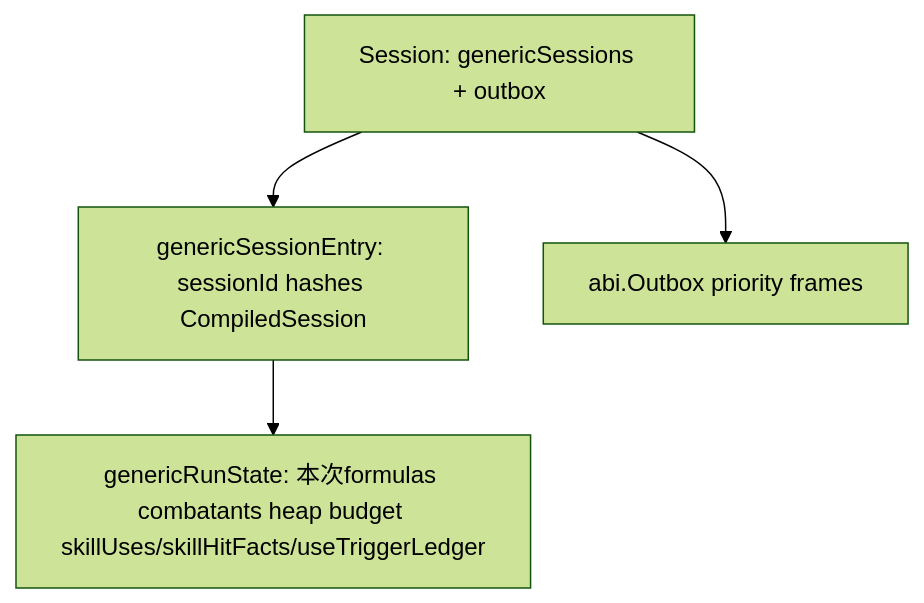
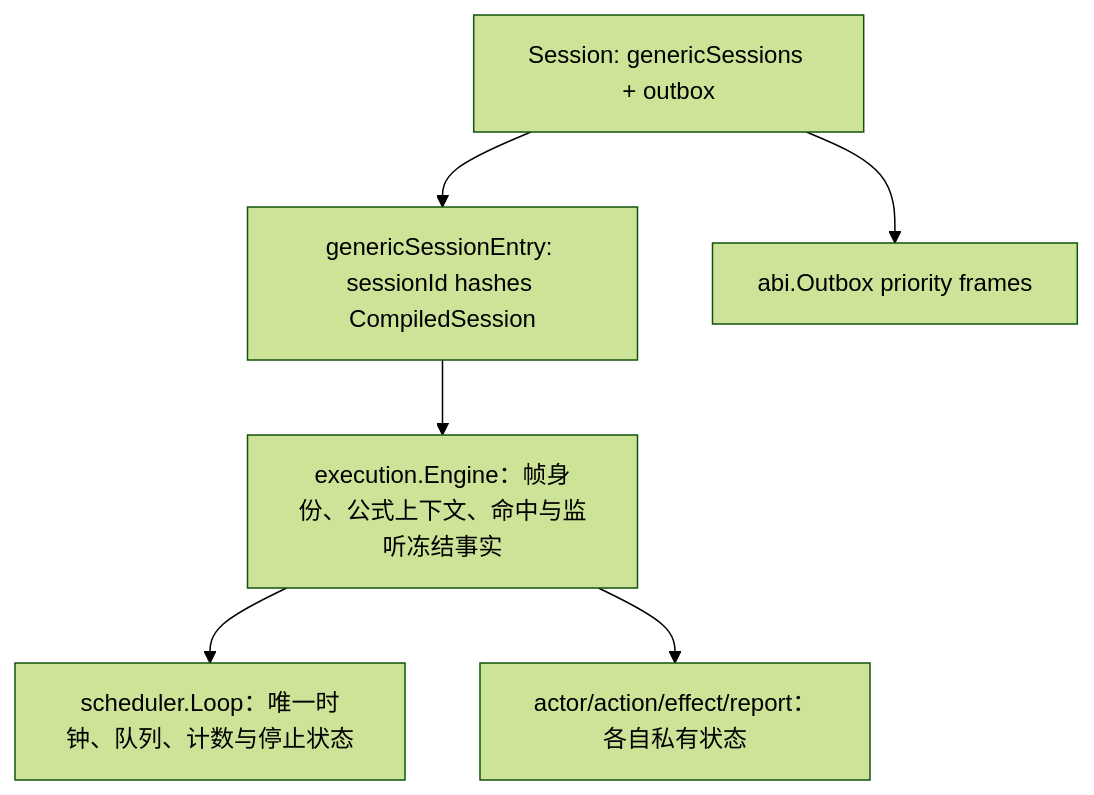
One commit to JeanbartBiubiu/damage_viewer_project_planning changed the fourth of 4 diagrams in wasm/tinygo_engine_v2/ARCHITECTURE.md. Above: the diagram before and after it, drawn with Mermaid (forest theme). The commit also changed other lines of this file and 1041 other files, not shown here.

````diff
--- a/wasm/tinygo_engine_v2/ARCHITECTURE.md
+++ b/wasm/tinygo_engine_v2/ARCHITECTURE.md
@@ -144,11 +132,15 @@
 ```mermaid
 graph TD
     Session["Session: genericSessions + outbox"]
     Entry["genericSessionEntry: sessionId hashes CompiledSession"]
-    State["genericRunState: 本次formulas combatants heap budget skillUses/skillHitFacts/useTriggerLedger"]
+    State["execution.Engine：帧身份、公式上下文、命中与监听冻结事实"]
+    Loop["scheduler.Loop：唯一时钟、队列、计数与停止状态"]
+    Subsystems["actor/action/effect/report：各自私有状态"]
     Outbox["abi.Outbox priority frames"]
 
     Session --> Entry
     Session --> Outbox
     Entry --> State
+    State --> Loop
+    State --> Subsystems
 ```
````
